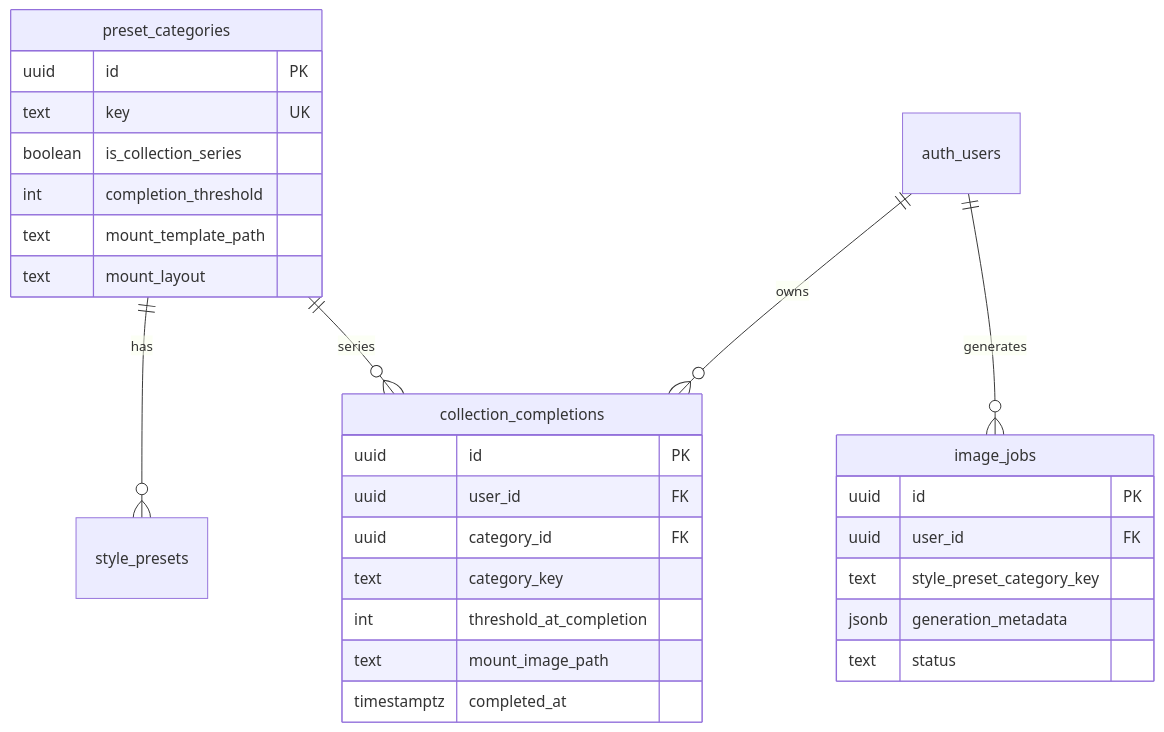
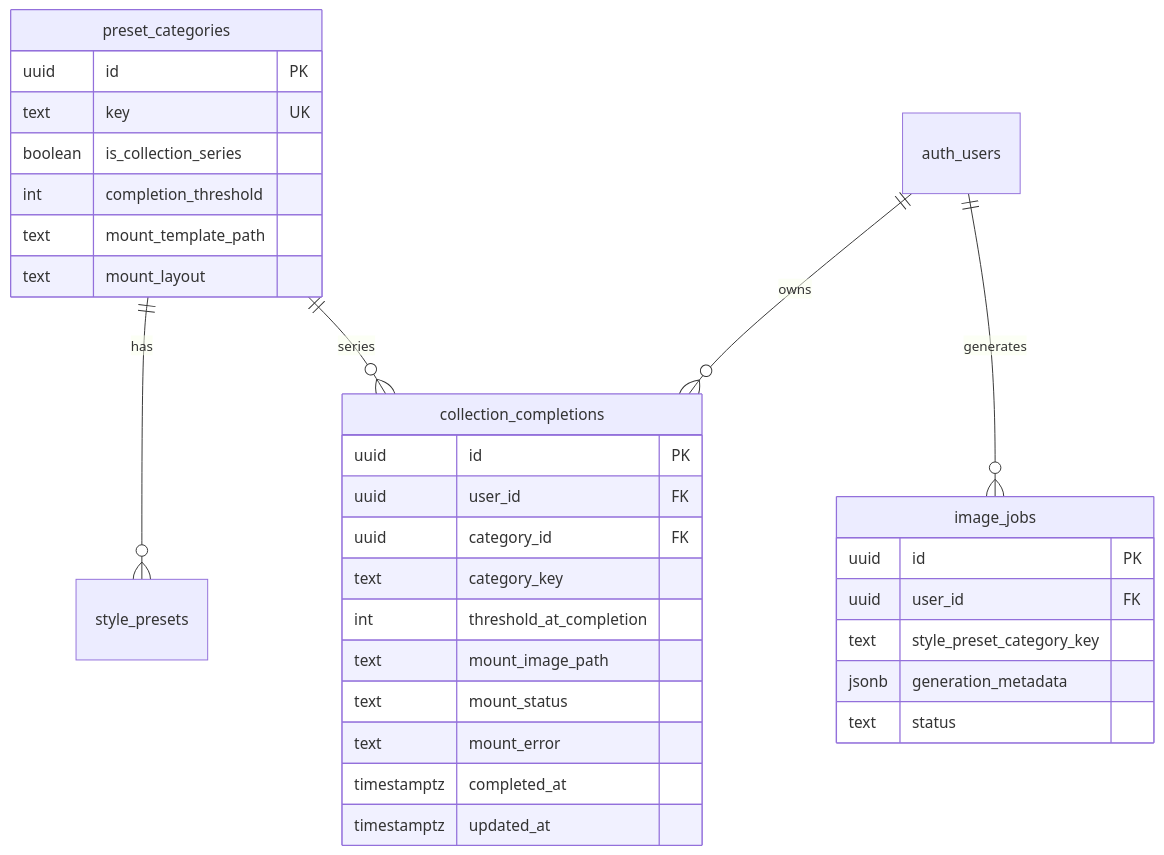
The first of 5 diagrams in docs/planning/collection-feature-implementation-plan.md (3balljugglerYu/ai_coordinate), drawn with Mermaid before and after one commit. The commit also changed other lines of this file, not shown here.

````diff
--- a/docs/planning/collection-feature-implementation-plan.md
+++ b/docs/planning/collection-feature-implementation-plan.md
@@ -74,32 +79,35 @@
 ```mermaid
 erDiagram
     preset_categories ||--o{ style_presets : "has"
     preset_categories ||--o{ collection_completions : "series"
     auth_users ||--o{ collection_completions : "owns"
     auth_users ||--o{ image_jobs : "generates"
 
     preset_categories {
         uuid id PK
         text key UK
         boolean is_collection_series
         int completion_threshold
         text mount_template_path
         text mount_layout
     }
     image_jobs {
         uuid id PK
         uuid user_id FK
         text style_preset_category_key
         jsonb generation_metadata
         text status
     }
     collection_completions {
         uuid id PK
         uuid user_id FK
         uuid category_id FK
         text category_key
         int threshold_at_completion
         text mount_image_path
+        text mount_status
+        text mount_error
         timestamptz completed_at
+        timestamptz updated_at
     }
 ```
````
